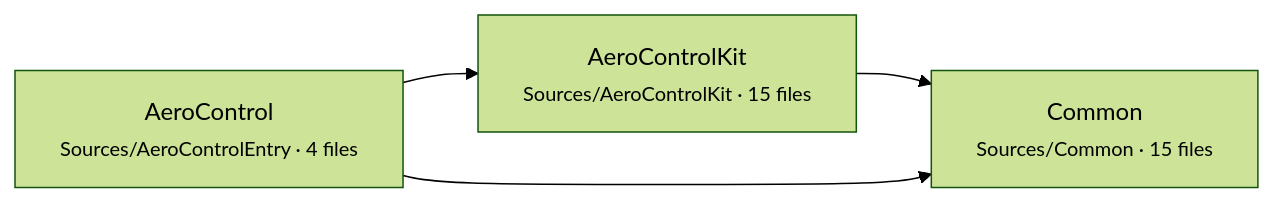
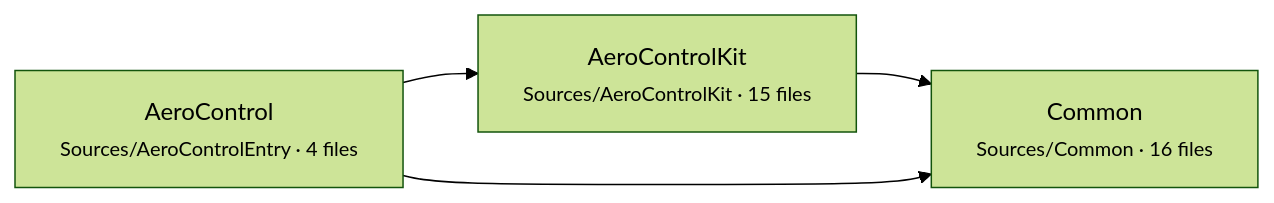
The first of 5 diagrams in docs/architecture.md (kim-raaschou/AeroControl), drawn with Mermaid (forest theme) before and after one commit. The commit also changed other lines of this file and 7 other files, not shown here.

````diff
--- a/docs/architecture.md
+++ b/docs/architecture.md
@@ -9,9 +9,9 @@
 ```mermaid
 flowchart LR
-    Common["Common<br/><small>Sources/Common · 15 files</small>"]
+    Common["Common<br/><small>Sources/Common · 16 files</small>"]
     AeroControlKit["AeroControlKit<br/><small>Sources/AeroControlKit · 15 files</small>"]
     AeroControl["AeroControl<br/><small>Sources/AeroControlEntry · 4 files</small>"]
     AeroControlKit --> Common
     AeroControl --> Common
     AeroControl --> AeroControlKit
 ```
````
